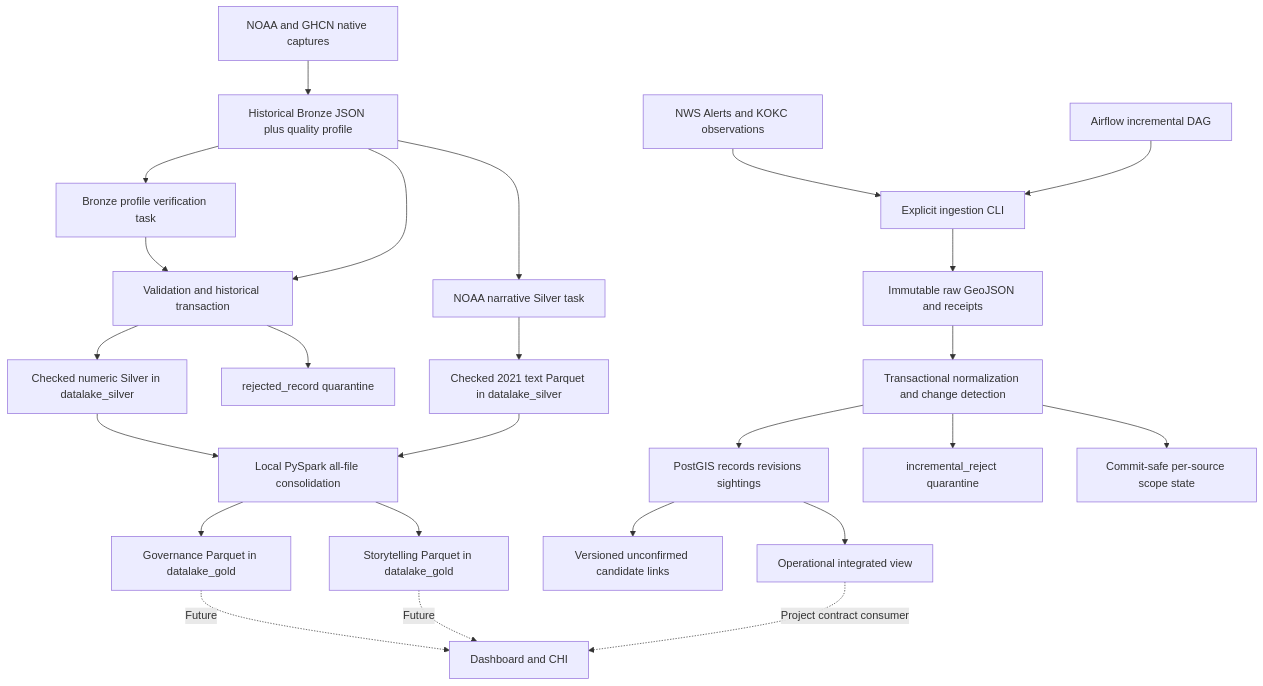
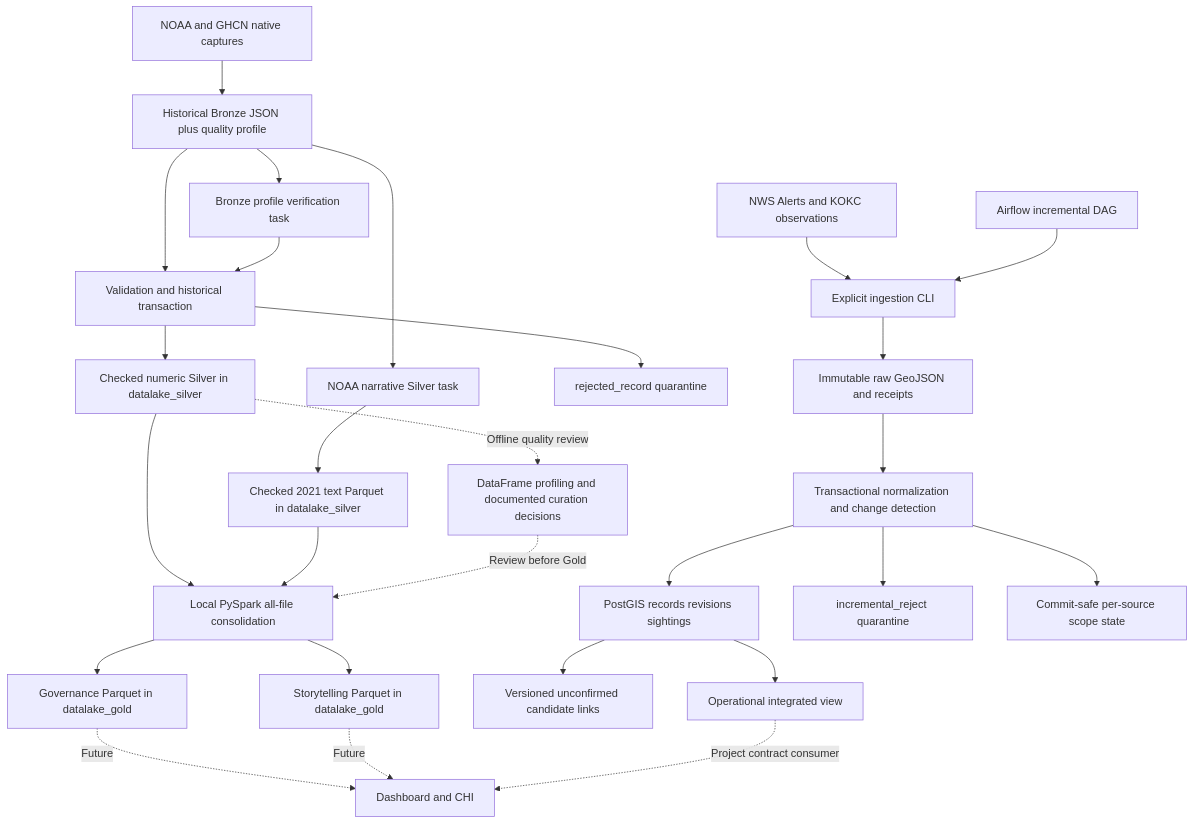
Before and after one commit to KevMasMas/multi-hazard-weather-monitoring: the diagram in workshop_3/architecture.mmd, drawn with Mermaid. The commit also changed 79 other files, not shown here.

```diff
--- a/workshop_3/architecture.mmd
+++ b/workshop_3/architecture.mmd
@@ -1,25 +1,28 @@
 flowchart TD
     H[NOAA and GHCN native captures] --> B[Historical Bronze JSON plus quality profile]
     B --> BV[Bronze profile verification task]
     B --> V[Validation and historical transaction]
     V --> S[Checked numeric Silver in datalake_silver]
     BV --> V
     B --> T[NOAA narrative Silver task]
     T --> TS[Checked 2021 text Parquet in datalake_silver]
     V --> Q[rejected_record quarantine]
     S --> G[Local PySpark all-file consolidation]
     TS --> G
     G --> GOV[Governance Parquet in datalake_gold]
     G --> STORY[Storytelling Parquet in datalake_gold]
     N[NWS Alerts and KOKC observations] --> CLI[Explicit ingestion CLI]
     A[Airflow incremental DAG] --> CLI
     CLI --> RAW[Immutable raw GeoJSON and receipts]
     RAW --> P[Transactional normalization and change detection]
     P --> DB[PostGIS records revisions sightings]
     P --> R[incremental_reject quarantine]
     P --> STATE[Commit-safe per-source scope state]
     DB --> E[Versioned unconfirmed candidate links]
     DB --> VIEW[Operational integrated view]
     GOV -. Future .-> DASH[Dashboard and CHI]
     STORY -. Future .-> DASH
     VIEW -. Project contract consumer .-> DASH
+
+    S -. Offline quality review .-> EDAReview[DataFrame profiling and documented curation decisions]
+    EDAReview -. Review before Gold .-> G
```
